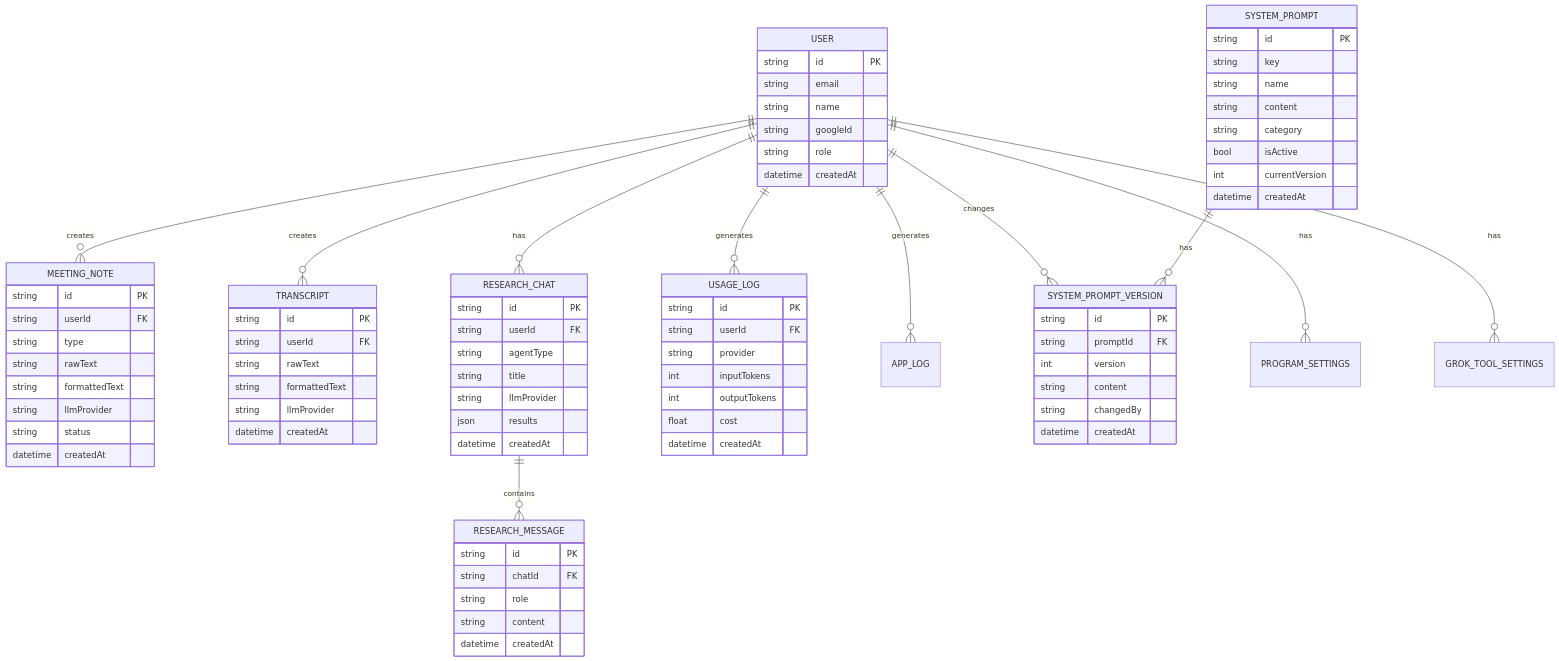
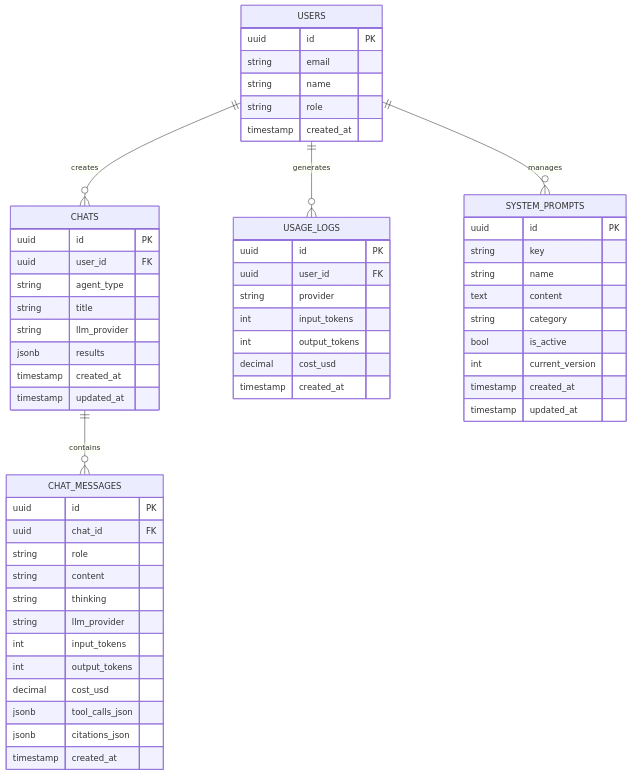
The diagram in docs/specs/api-integration/database-schema.md (langcore-org/united-productions-web), drawn with Mermaid before and after one commit. The commit also changed other lines of this file and 12 other files, not shown here.

````diff
--- a/docs/specs/api-integration/database-schema.md
+++ b/docs/specs/api-integration/database-schema.md
@@ -22,90 +23,63 @@
 ```mermaid
 erDiagram
-    USER ||--o{ MEETING_NOTE : creates
-    USER ||--o{ TRANSCRIPT : creates
-    USER ||--o{ RESEARCH_CHAT : has
-    USER ||--o{ USAGE_LOG : generates
-    USER ||--o{ APP_LOG : generates
-    USER ||--o{ SYSTEM_PROMPT_VERSION : changes
-    RESEARCH_CHAT ||--o{ RESEARCH_MESSAGE : contains
-    USER ||--o{ PROGRAM_SETTINGS : has
-    USER ||--o{ GROK_TOOL_SETTINGS : has
-    SYSTEM_PROMPT ||--o{ SYSTEM_PROMPT_VERSION : has
+    USERS ||--o{ CHATS : creates
+    USERS ||--o{ USAGE_LOGS : generates
+    CHATS ||--o{ CHAT_MESSAGES : contains
+    USERS ||--o{ SYSTEM_PROMPTS : manages
     
-    USER {
-        string id PK
+    USERS {
+        uuid id PK
         string email
         string name
-        string googleId
         string role
-        datetime createdAt
+        timestamp created_at
     }
     
-    MEETING_NOTE {
-        string id PK
-        string userId FK
-        string type
-        string rawText
-        string formattedText
-        string llmProvider
-        string status
-        datetime createdAt
+    CHATS {
+        uuid id PK
+        uuid user_id FK
+        string agent_type
+        string title
+        string llm_provider
+        jsonb results
+        timestamp created_at
+        timestamp updated_at
     }
     
-    TRANSCRIPT {
-        string id PK
-        string userId FK
-        string rawText
-        string formattedText
-        string llmProvider
-        datetime createdAt
+    CHAT_MESSAGES {
+        uuid id PK
+        uuid chat_id FK
+        string role
+        string content
+        string thinking
+        string llm_provider
+        int input_tokens
+        int output_tokens
+        decimal cost_usd
+        jsonb tool_calls_json
+        jsonb citations_json
+        timestamp created_at
     }
     
-    RESEARCH_CHAT {
-        string id PK
-        string userId FK
-        string agentType
-        string title
-        string llmProvider
-        json results
-        datetime createdAt
+    USAGE_LOGS {
+        uuid id PK
+        uuid user_id FK
+        string provider
+        int input_tokens
+        int output_tokens
+        decimal cost_usd
+        timestamp created_at
     }
     
-    RESEARCH_MESSAGE {
-        string id PK
-        string chatId FK
-        string role
-        string content
-        datetime createdAt
-    }
-    
-    USAGE_LOG {
-        string id PK
-        string userId FK
-        string provider
-        int inputTokens
-        int outputTokens
-        float cost
-        datetime createdAt
-    }
-    
-    SYSTEM_PROMPT {
-        string id PK
+    SYSTEM_PROMPTS {
+        uuid id PK
         string key
         string name
-        string content
+        text content
         string category
-        bool isActive
-        int currentVersion
-        datetime createdAt
-    }
-    
-    SYSTEM_PROMPT_VERSION {
-        string id PK
-        string promptId FK
-        int version
-        string content
-        string changedBy
-        datetime createdAt
+        bool is_active
+        int current_version
+        timestamp created_at
+        timestamp updated_at
     }
 ```
````
